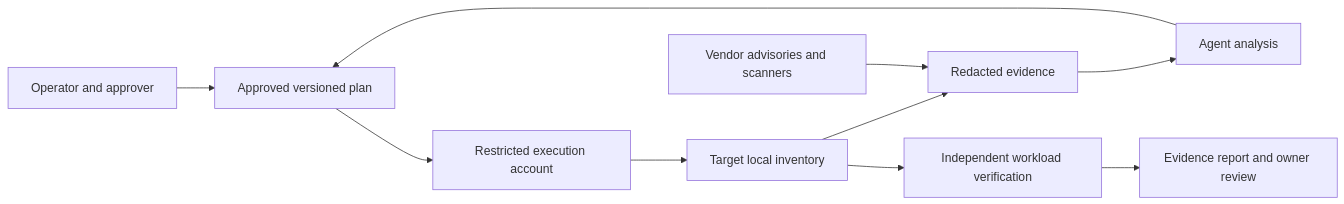
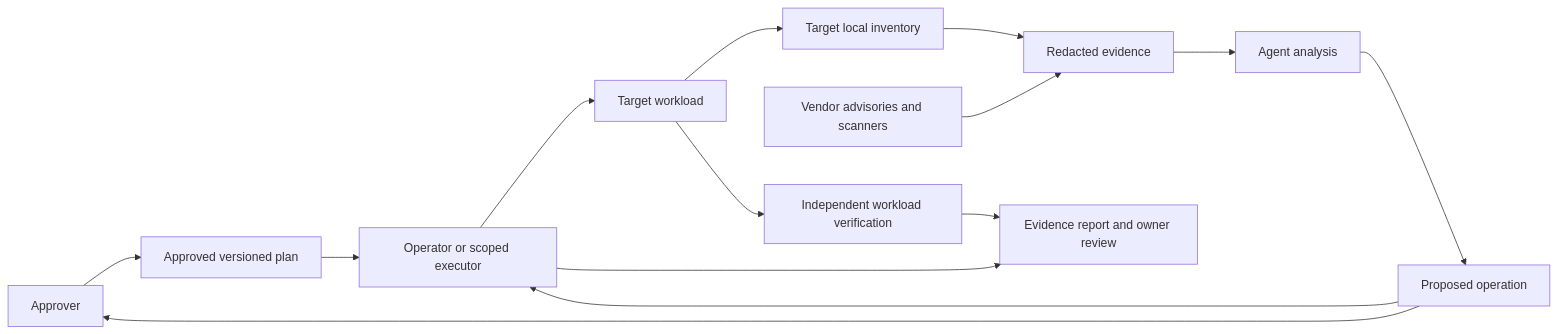
The diagram in docs/TECHNICAL.md (Konstadinos1/ai-patching-playbook), drawn with Mermaid before and after one commit. The commit also changed other lines of this file and 13 other files, not shown here.

Commit message:
feat: add AI security architecture and assurance for patching agents

````diff
--- a/docs/TECHNICAL.md
+++ b/docs/TECHNICAL.md
@@ -5,12 +5,16 @@
 ```mermaid
 flowchart LR
-  O[Operator and approver] --> P[Approved versioned plan]
+  O[Approver] --> P[Approved versioned plan]
   H[Target local inventory] --> E[Redacted evidence]
   S[Vendor advisories and scanners] --> E
   E --> A[Agent analysis]
-  A --> P
-  P --> X[Restricted execution account]
-  X --> H
-  H --> V[Independent workload verification]
+  A --> Q[Proposed operation]
+  Q --> O
+  Q --> X[Operator or scoped executor]
+  P --> X
+  X --> T[Target workload]
+  T --> H
+  T --> V[Independent workload verification]
+  X --> R
   V --> R[Evidence report and owner review]
 ```
````
